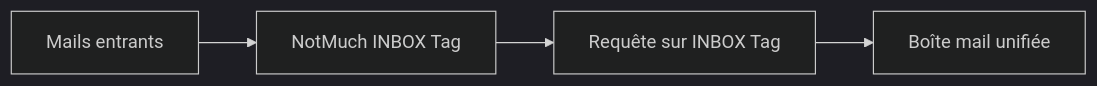
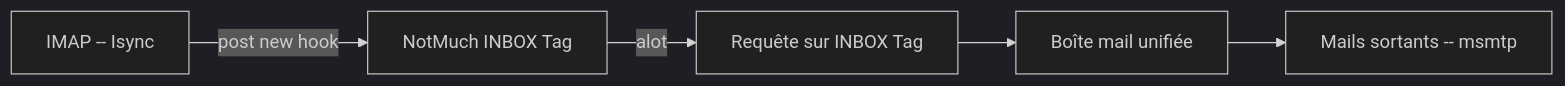
One commit to psic/psic.github.io changed the second of 2 diagrams in _posts/2018-10-05-mon-setup-mail.md. Above: the diagram before and after it, drawn with Mermaid (dark theme). The commit also changed other lines of this file, not shown here.

````diff
--- a/_posts/2018-10-05-mon-setup-mail.md
+++ b/_posts/2018-10-05-mon-setup-mail.md
@@ -43,10 +114,12 @@
 ```mermaid
 graph LR;
-    A[Mails entrants]
+    A[IMAP -- Isync]
     B[NotMuch INBOX Tag]
     C[Requête sur INBOX Tag]
     D[Boîte mail unifiée]
-    A-->B;
-    B-->C;
+    E[Mails sortants -- msmtp]
+    A--post new hook-->B;
+    B--alot-->C;
     C-->D;
+    D-->E;
 ```
````
